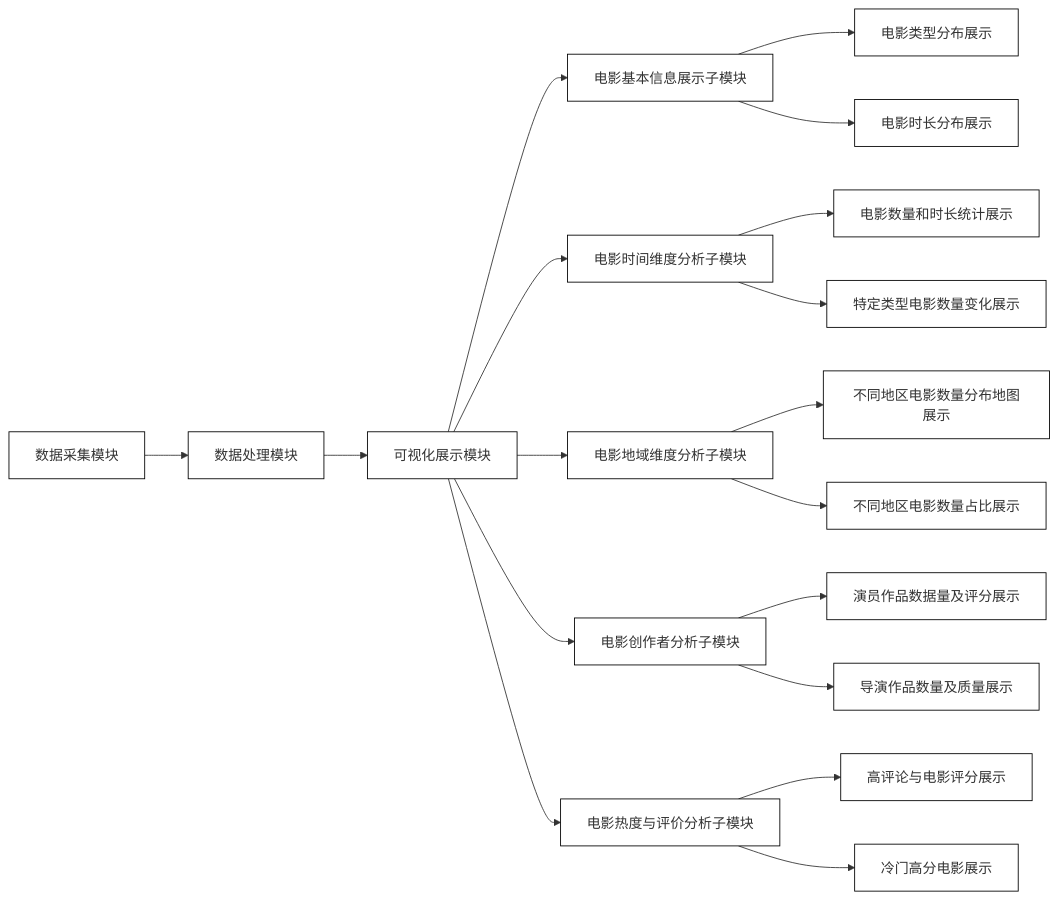
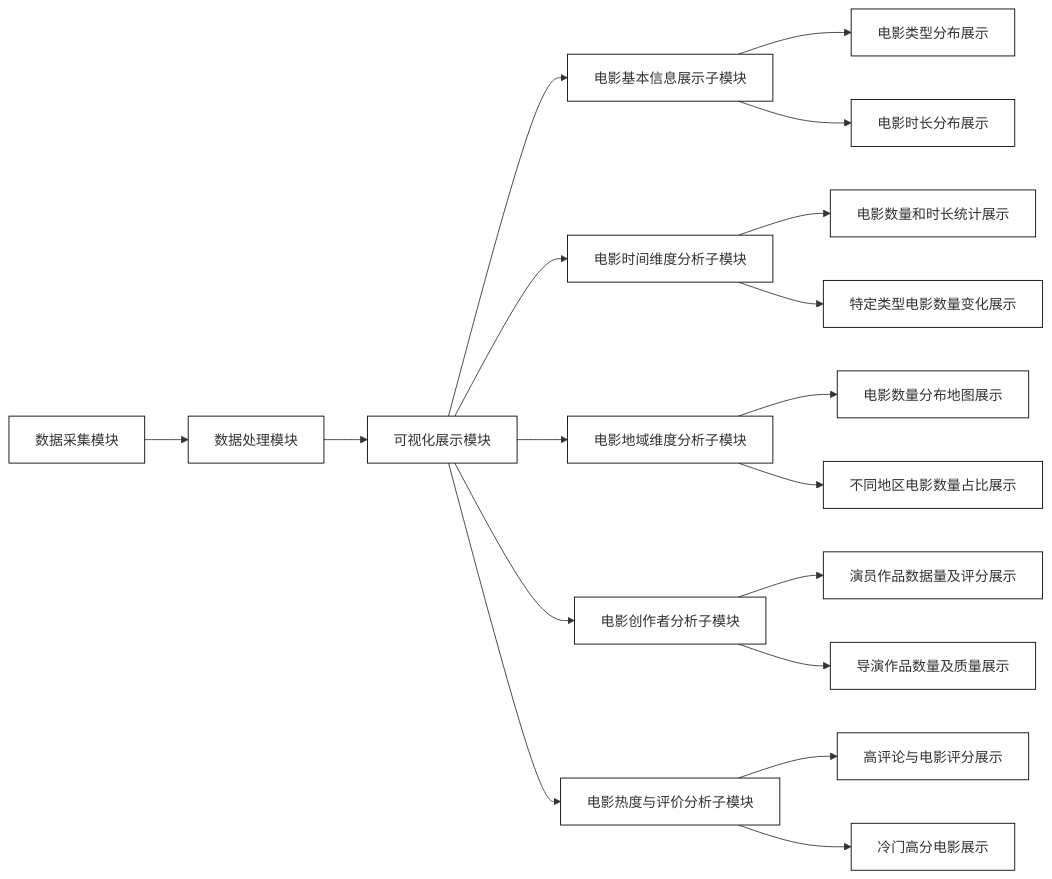
The diagram in all/未命名.md (MP2333/iodraw-files), drawn with Mermaid before and after one commit.

Commit message:
2025-05-27 23:24:27 update

````diff
--- a/all/未命名.md
+++ b/all/未命名.md
@@ -1,23 +1,23 @@
 ```mermaid
 graph LR
 A[数据采集模块] --> B[数据处理模块]
 B --> C[可视化展示模块]
 C --> D1[电影基本信息展示子模块]
 C --> D2[电影时间维度分析子模块]
 C --> D3[电影地域维度分析子模块]
 C --> D4[电影创作者分析子模块]
 C --> D5[电影热度与评价分析子模块]
 D1 --> E1[电影类型分布展示]
 D1 --> E2[电影时长分布展示]
 D2 --> E3[电影数量和时长统计展示]
 D2 --> E4[特定类型电影数量变化展示]
-D3 --> E5[不同地区电影数量分布地图展示]
+D3 --> E5[电影数量分布地图展示]
 D3 --> E6[不同地区电影数量占比展示]
 D4 --> E7[演员作品数据量及评分展示]
 D4 --> E8[导演作品数量及质量展示]
 D5 --> E9[高评论与电影评分展示]
 D5 --> E10[冷门高分电影展示]
 
 classDef default fill:#FFFFFF,stroke:#000000,stroke-width:1px
 class A,B,C,D1,D2,D3,D4,D5,E1,E2,E3,E4,E5,E6,E7,E8,E9,E10 default
 ```
````
